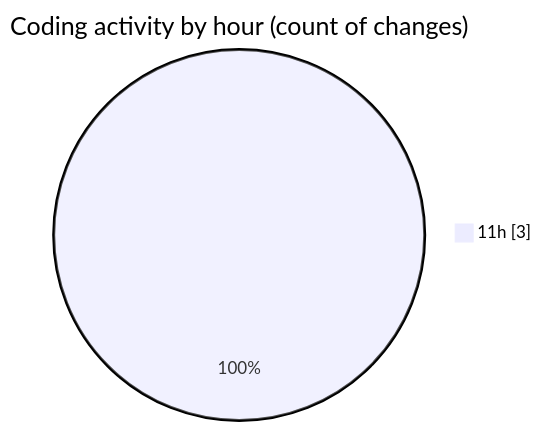
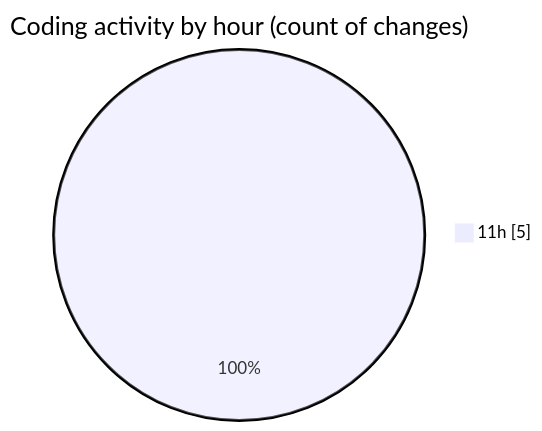
One commit to BS-eng2023/code-tracking changed the second of 2 diagrams in 2025-05-08/recipe-app/README.md. Above: the diagram before and after it, drawn with Mermaid. The commit also changed other lines of this file and 1 other file, not shown here.

````diff
--- a/2025-05-08/recipe-app/README.md
+++ b/2025-05-08/recipe-app/README.md
@@ -29,5 +29,5 @@
 ```mermaid
 pie showData
 title Coding activity by hour (count of changes)
-"11h" : 3
+"11h" : 5
 ```
````
